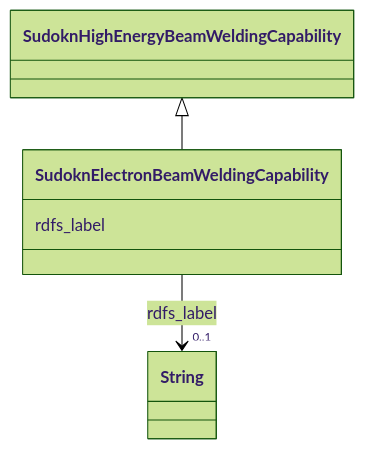
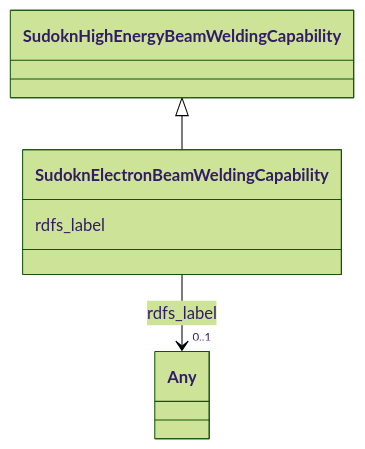
Before and after one commit to frink-okn/graph-descriptions: the diagram in sudokn-kg/classes/SudoknElectronBeamWeldingCapability.md, drawn with Mermaid (forest theme). The commit also changed other lines of this file and 903 other files, not shown here.

````diff
--- a/sudokn-kg/classes/SudoknElectronBeamWeldingCapability.md
+++ b/sudokn-kg/classes/SudoknElectronBeamWeldingCapability.md
@@ -23,18 +18,18 @@
 ```mermaid
  classDiagram
     class SudoknElectronBeamWeldingCapability
     click SudoknElectronBeamWeldingCapability href "../SudoknElectronBeamWeldingCapability"
       SudoknHighEnergyBeamWeldingCapability <|-- SudoknElectronBeamWeldingCapability
         click SudoknHighEnergyBeamWeldingCapability href "../SudoknHighEnergyBeamWeldingCapability"
       
       SudoknElectronBeamWeldingCapability : rdfs_label
         
           
     
     
-    SudoknElectronBeamWeldingCapability --> "0..1" String : rdfs_label
-    click String href "../String"
+    SudoknElectronBeamWeldingCapability --> "0..1" Any : rdfs_label
+    click Any href "../Any"
 
         
       
 ```
````
